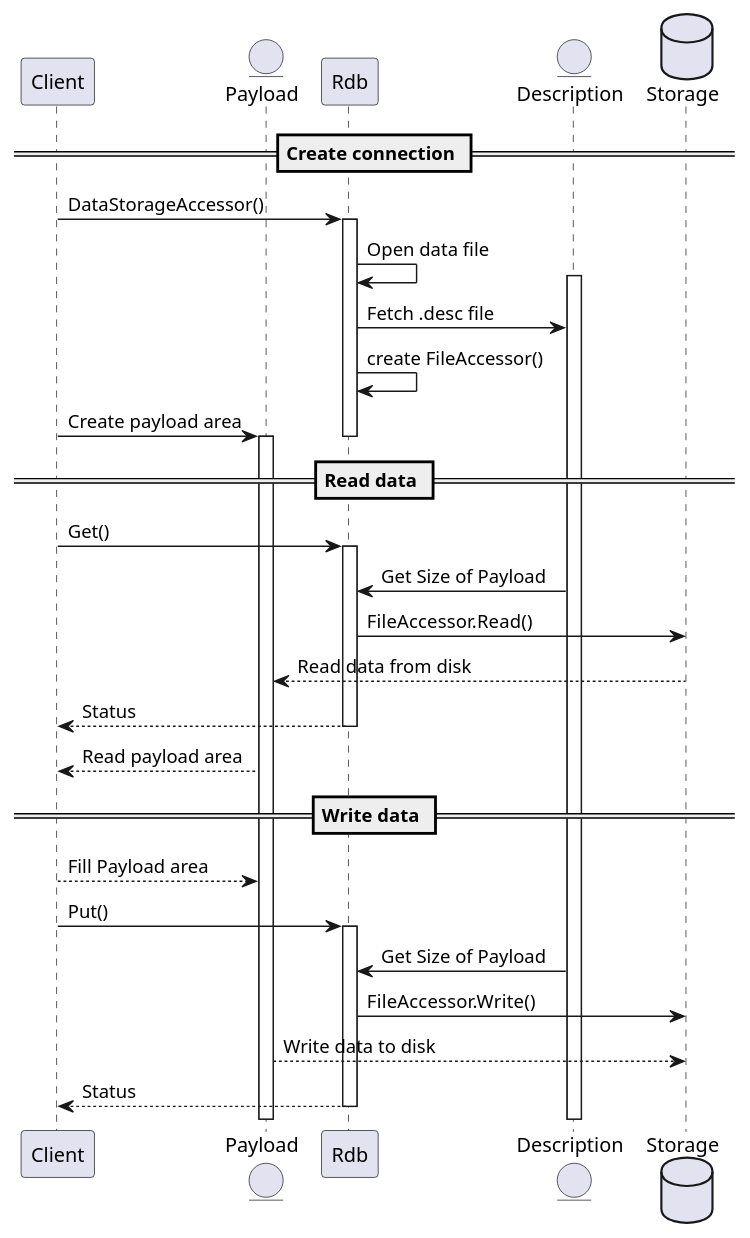
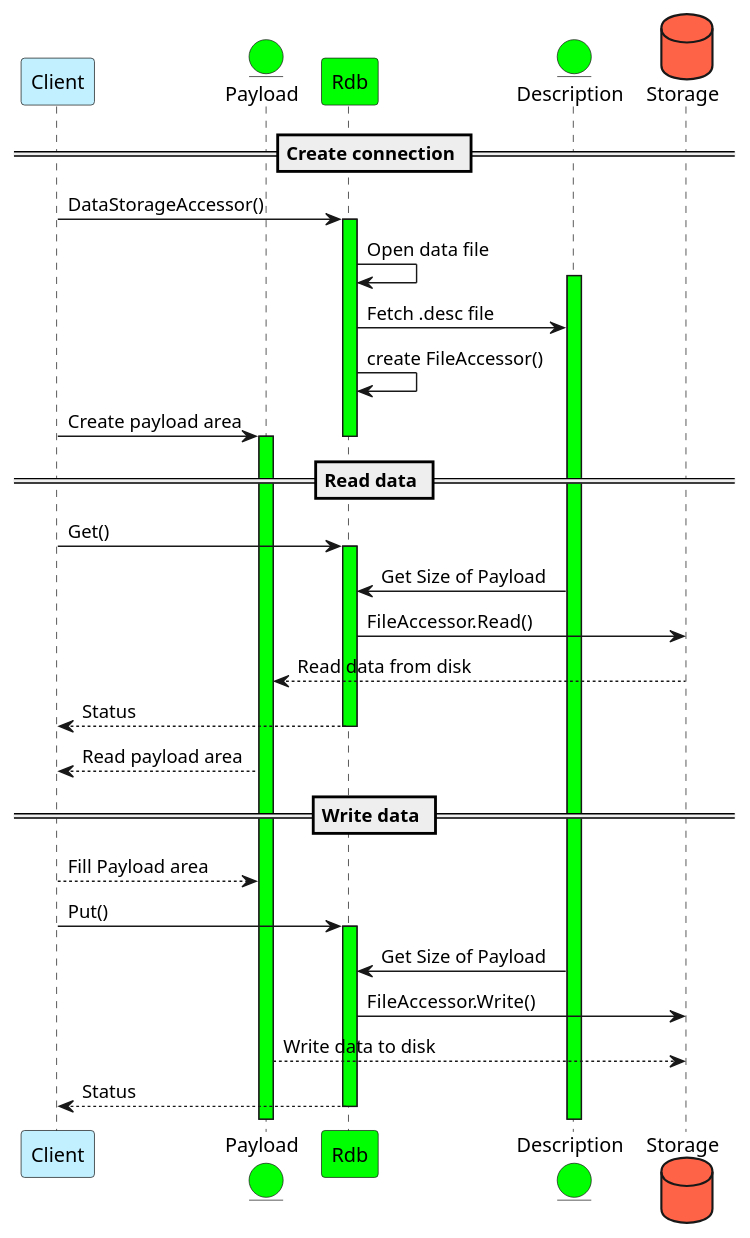
One commit to michalwidera/retractordb changed the diagram in src/rdb/UML/rdb-comunication.puml. Above: the diagram before and after it, drawn with PlantUML.

Commit message:
Update rdb-comunication.puml
Colors

```diff
--- a/src/rdb/UML/rdb-comunication.puml
+++ b/src/rdb/UML/rdb-comunication.puml
@@ -1,45 +1,44 @@
 @startuml
 
-
-participant  Client
-Entity       Payload
-participant  Rdb
-Entity       Description
-database     Storage
+participant  Client #Application
+Entity       Payload #Lime
+participant  Rdb #Lime
+Entity       Description #Lime
+database     Storage #Tomato
 
 == Create connection ==
 
-Client -> Rdb : DataStorageAccessor()
-Activate Rdb
+Client -> Rdb : DataStorageAccessor() 
+Activate Rdb #Lime
 Rdb -> Rdb: Open data file
-Activate Description
+Activate Description #Lime
 Rdb -> Description : Fetch .desc file
 Rdb -> Rdb : create FileAccessor()
 Client -> Payload: Create payload area
 deactivate Rdb
-Activate Payload
+Activate Payload #Lime
 
 == Read data ==
 
 Client -> Rdb : Get()
-Activate Rdb
+Activate Rdb #Lime
 Description -> Rdb : Get Size of Payload
 Rdb -> Storage : FileAccessor.Read()
 Storage --> Payload : Read data from disk
 Rdb --> Client : Status
 deactivate Rdb
 Payload --> Client : Read payload area
 
 
 == Write data ==
 
 Client --> Payload: Fill Payload area
 Client -> Rdb: Put()
-Activate Rdb
+Activate Rdb #Lime
 Description -> Rdb : Get Size of Payload
 Rdb -> Storage : FileAccessor.Write()
 Payload --> Storage: Write data to disk
 Rdb --> Client : Status
 deactivate Rdb
 
 @enduml
```
